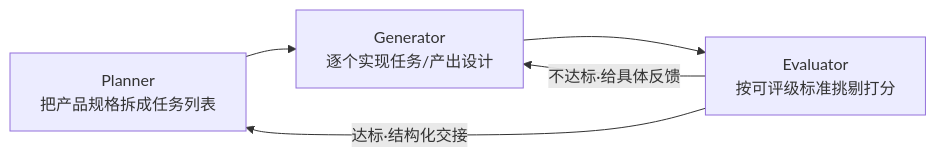
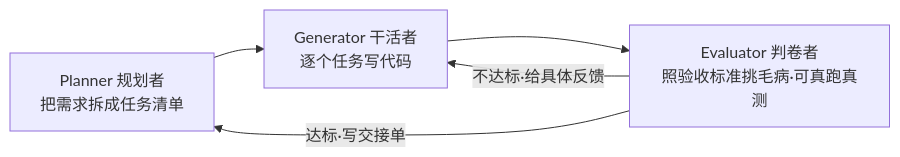
One commit to Wlx682/AI-Work-Kit changed the third of 3 diagrams in Plans/情报周报/2026-07-01-第1期.md. Above: the diagram before and after it, drawn with Mermaid. The commit also changed other lines of this file and 3 other files, not shown here.

First line of the commit message:
feat: weekly-intel-digest 双卷→三卷，纯净正文分离提示词，图示优先

````diff
--- a/Plans/情报周报/2026-07-01-第1期.md
+++ b/Plans/情报周报/2026-07-01-第1期.md
@@ -43,7 +82,7 @@
 ```mermaid
 flowchart LR
-    P[Planner<br/>把产品规格拆成任务列表] --> G[Generator<br/>逐个实现任务/产出设计]
-    G --> E[Evaluator<br/>按可评级标准挑剔打分]
+    P[Planner 规划者<br/>把需求拆成任务清单] --> G[Generator 干活者<br/>逐个任务写代码]
+    G --> E[Evaluator 判卷者<br/>照验收标准挑毛病·可真跑真测]
     E -->|不达标·给具体反馈| G
-    E -->|达标·结构化交接| P
+    E -->|达标·写交接单| P
 ```
````
